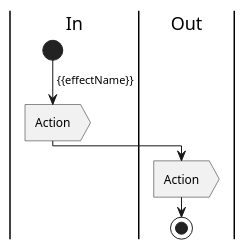
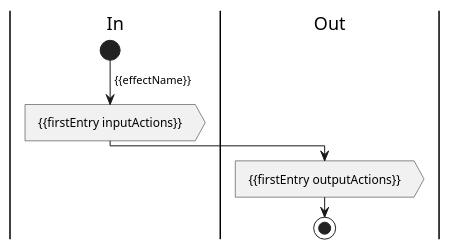
One commit to zalari/ngrx-utils changed the diagram in src/bin/templates/filtering-decider.puml. Above: the diagram before and after it, drawn with PlantUML. The commit also changed 6 other files, not shown here.

Commit message:
add firstEntry hbs helper and adjust templates to use it for the time being

```diff
--- a/src/bin/templates/filtering-decider.puml
+++ b/src/bin/templates/filtering-decider.puml
@@ -1,9 +1,9 @@
 @startuml
 |In|
 start
 -> {{effectName}};
-:Action>
+: {{firstEntry inputActions}} >
 |Out|
-:Action>
+: {{firstEntry outputActions}} >
 stop
 @enduml
```
